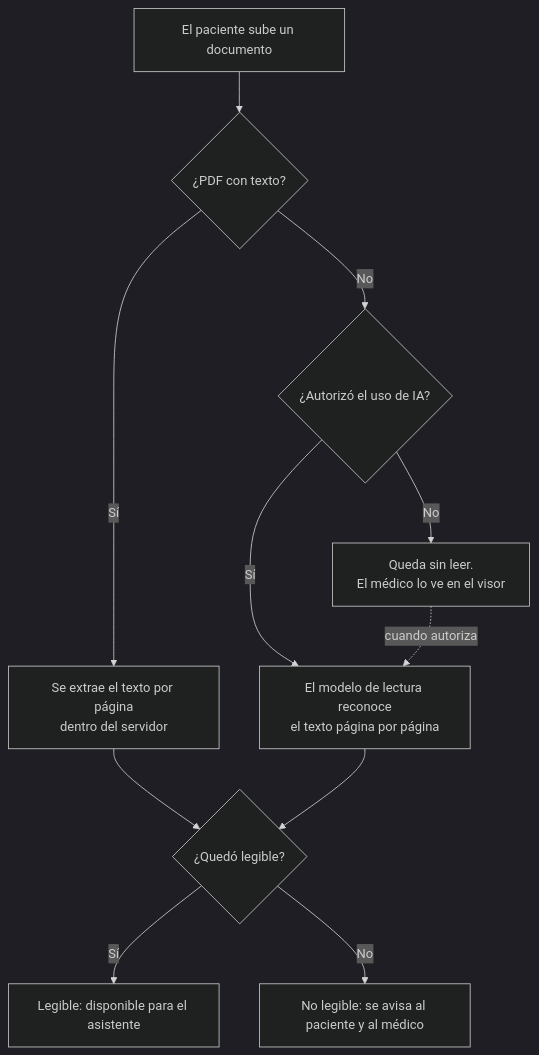
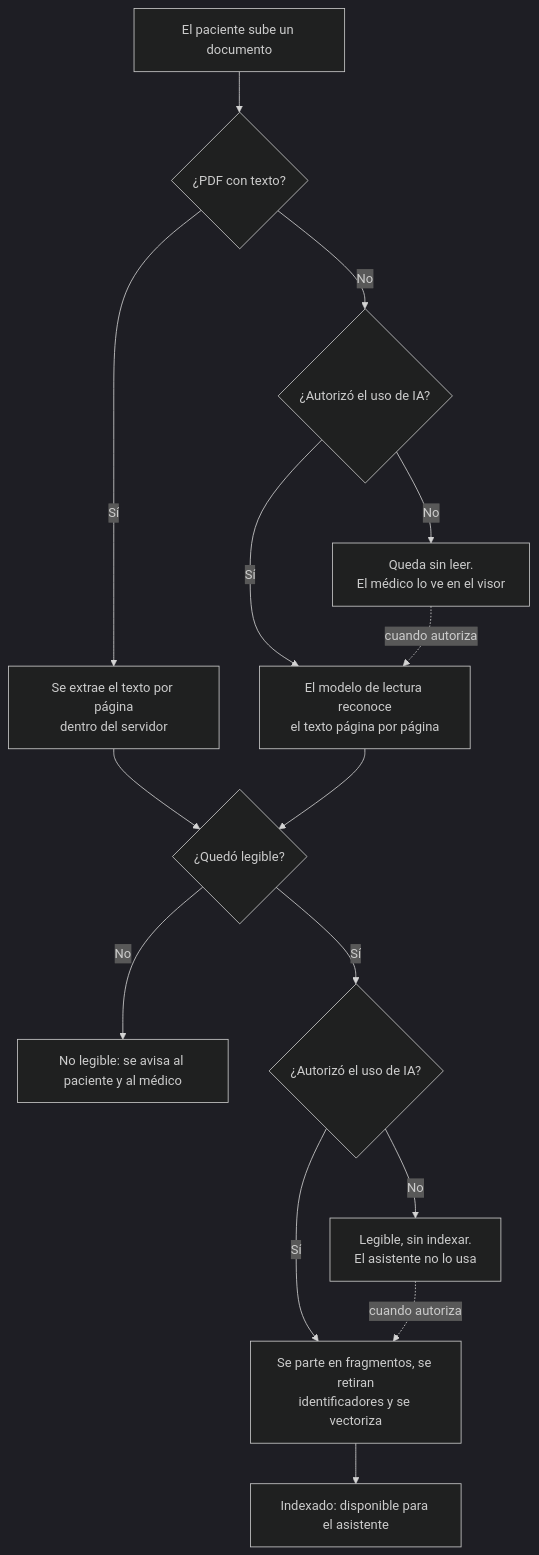
The first of 2 diagrams in diseno/04-asistente-ia.md (JAOSjavi/vitalia), drawn with Mermaid (dark theme) before and after one commit. The commit also changed other lines of this file and 19 other files, not shown here.

First line of the commit message:
El asistente busca fragmentos (RAG) en documentos y atenciones (D-30)

````diff
--- a/diseno/04-asistente-ia.md
+++ b/diseno/04-asistente-ia.md
@@ -50,13 +67,17 @@
 ```mermaid
 flowchart TD
     A[El paciente sube un documento] --> B{¿PDF con texto?}
     B -- Sí --> C[Se extrae el texto por página<br/>dentro del servidor]
     B -- No --> D{¿Autorizó el uso de IA?}
     D -- No --> E[Queda sin leer.<br/>El médico lo ve en el visor]
     D -- Sí --> F[El modelo de lectura reconoce<br/>el texto página por página]
     C --> G{¿Quedó legible?}
     F --> G
-    G -- Sí --> H[Legible: disponible para el asistente]
     G -- No --> I[No legible: se avisa al paciente y al médico]
+    G -- Sí --> H{¿Autorizó el uso de IA?}
+    H -- No --> J[Legible, sin indexar.<br/>El asistente no lo usa]
+    H -- Sí --> K[Se parte en fragmentos, se retiran<br/>identificadores y se vectoriza]
+    K --> L[Indexado: disponible para el asistente]
     E -. cuando autoriza .-> F
+    J -. cuando autoriza .-> K
 ```
````
